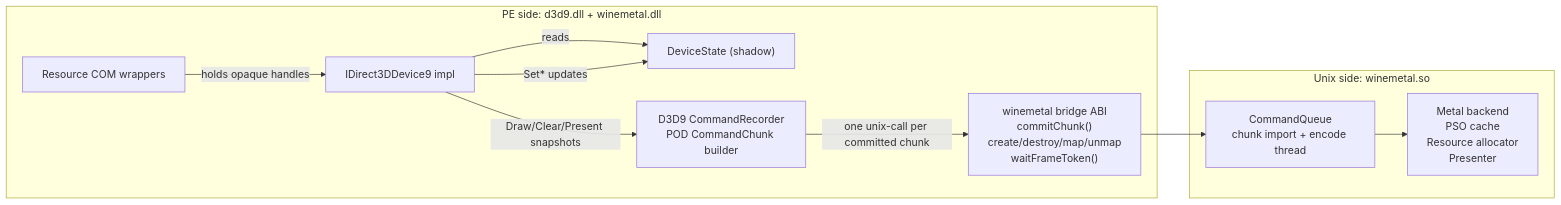
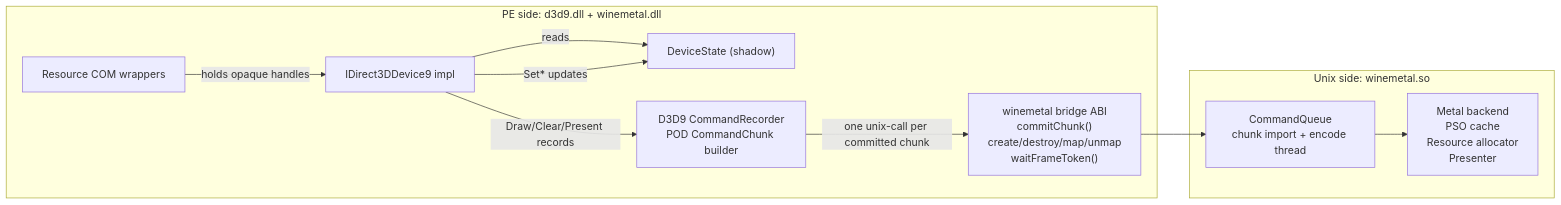
One commit to dfdgsdfg/dxmt9 changed the second of 10 diagrams in specs/core/design.md. Above: the diagram before and after it, drawn with Mermaid. The commit also changed other lines of this file and 61 other files, not shown here.

````diff
--- a/specs/core/design.md
+++ b/specs/core/design.md
@@ -218,23 +219,23 @@
 ```mermaid
 graph LR
     subgraph PE["PE side: d3d9.dll + winemetal.dll"]
         DEV["IDirect3DDevice9 impl"]
         STATE["DeviceState (shadow)"]
         RES["Resource COM wrappers"]
         REC["D3D9 CommandRecorder\nPOD CommandChunk builder"]
         BRIDGE["winemetal bridge ABI\ncommitChunk()\ncreate/destroy/map/unmap\nwaitFrameToken()"]
     end
 
     subgraph Unix["Unix side: winemetal.so"]
         CQ["CommandQueue\nchunk import + encode thread"]
         MTL["Metal backend\nPSO cache\nResource allocator\nPresenter"]
     end
 
     DEV -->|reads| STATE
     DEV -->|Set* updates| STATE
-    DEV -->|Draw/Clear/Present snapshots| REC
+    DEV -->|Draw/Clear/Present records| REC
     RES -->|holds opaque handles| DEV
     REC -->|one unix-call per committed chunk| BRIDGE
     BRIDGE --> CQ
     CQ --> MTL
 ```
````
